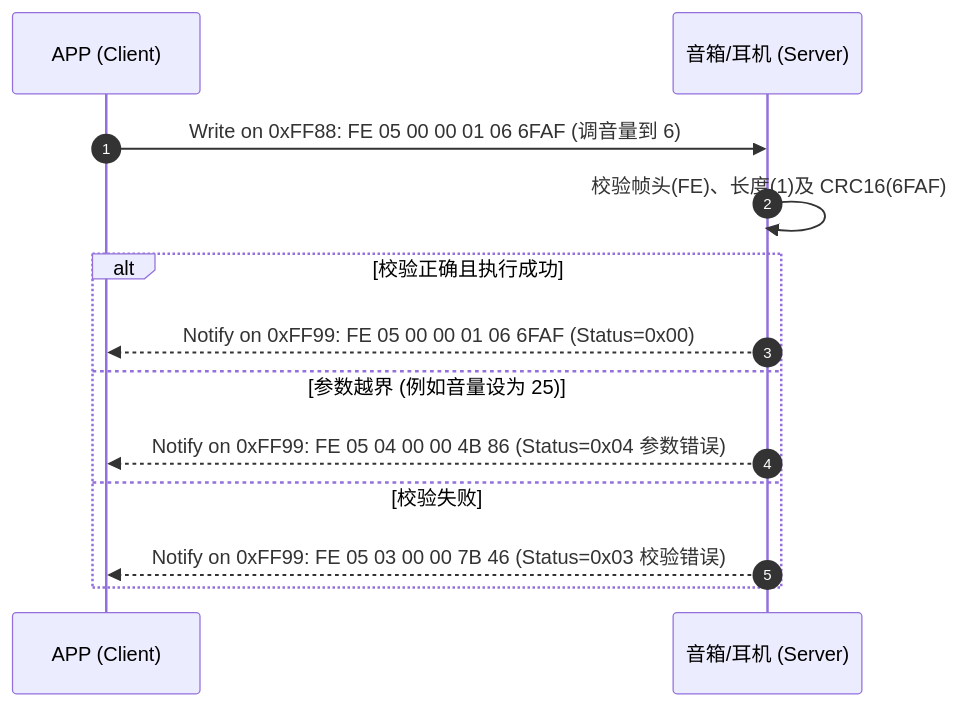
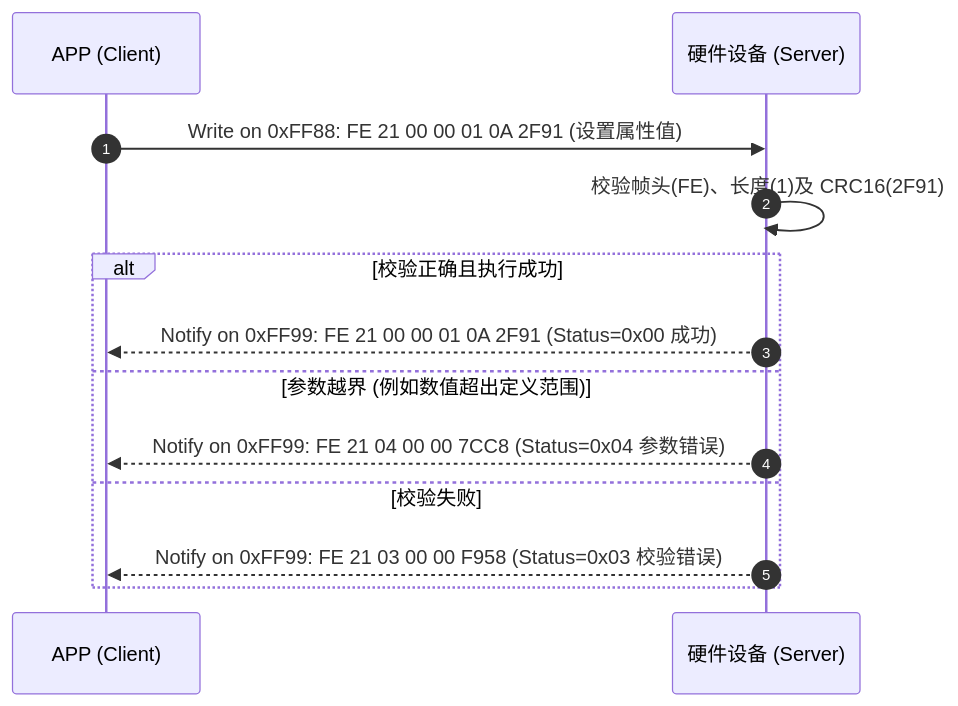
The fourth of 5 diagrams in 1. 协议规范/BLE API 规范.md (Grandboy1024/gb-project-guidelines), drawn with Mermaid before and after one commit. The commit also changed other lines of this file and 16 other files, not shown here.

````diff
--- a/1. 协议规范/BLE API 规范.md
+++ b/1. 协议规范/BLE API 规范.md
@@ -625,16 +527,16 @@
 ```mermaid
 sequenceDiagram
     autonumber
     participant App as APP (Client)
-    participant Dev as 音箱/耳机 (Server)
+    participant Dev as 硬件设备 (Server)
 
-    App->>Dev: Write on 0xFF88: FE 05 00 00 01 06 6FAF (调音量到 6)
-    Dev->>Dev: 校验帧头(FE)、长度(1)及 CRC16(6FAF)
+    App->>Dev: Write on 0xFF88: FE 21 00 00 01 0A 2F91 (设置属性值)
+    Dev->>Dev: 校验帧头(FE)、长度(1)及 CRC16(2F91)
     alt 校验正确且执行成功
-        Dev-->>App: Notify on 0xFF99: FE 05 00 00 01 06 6FAF (Status=0x00)
-    else 参数越界 (例如音量设为 25)
-        Dev-->>App: Notify on 0xFF99: FE 05 04 00 00 4B 86 (Status=0x04 参数错误)
+        Dev-->>App: Notify on 0xFF99: FE 21 00 00 01 0A 2F91 (Status=0x00 成功)
+    else 参数越界 (例如数值超出定义范围)
+        Dev-->>App: Notify on 0xFF99: FE 21 04 00 00 7CC8 (Status=0x04 参数错误)
     else 校验失败
-        Dev-->>App: Notify on 0xFF99: FE 05 03 00 00 7B 46 (Status=0x03 校验错误)
+        Dev-->>App: Notify on 0xFF99: FE 21 03 00 00 F958 (Status=0x03 校验错误)
     end
 ```
````
